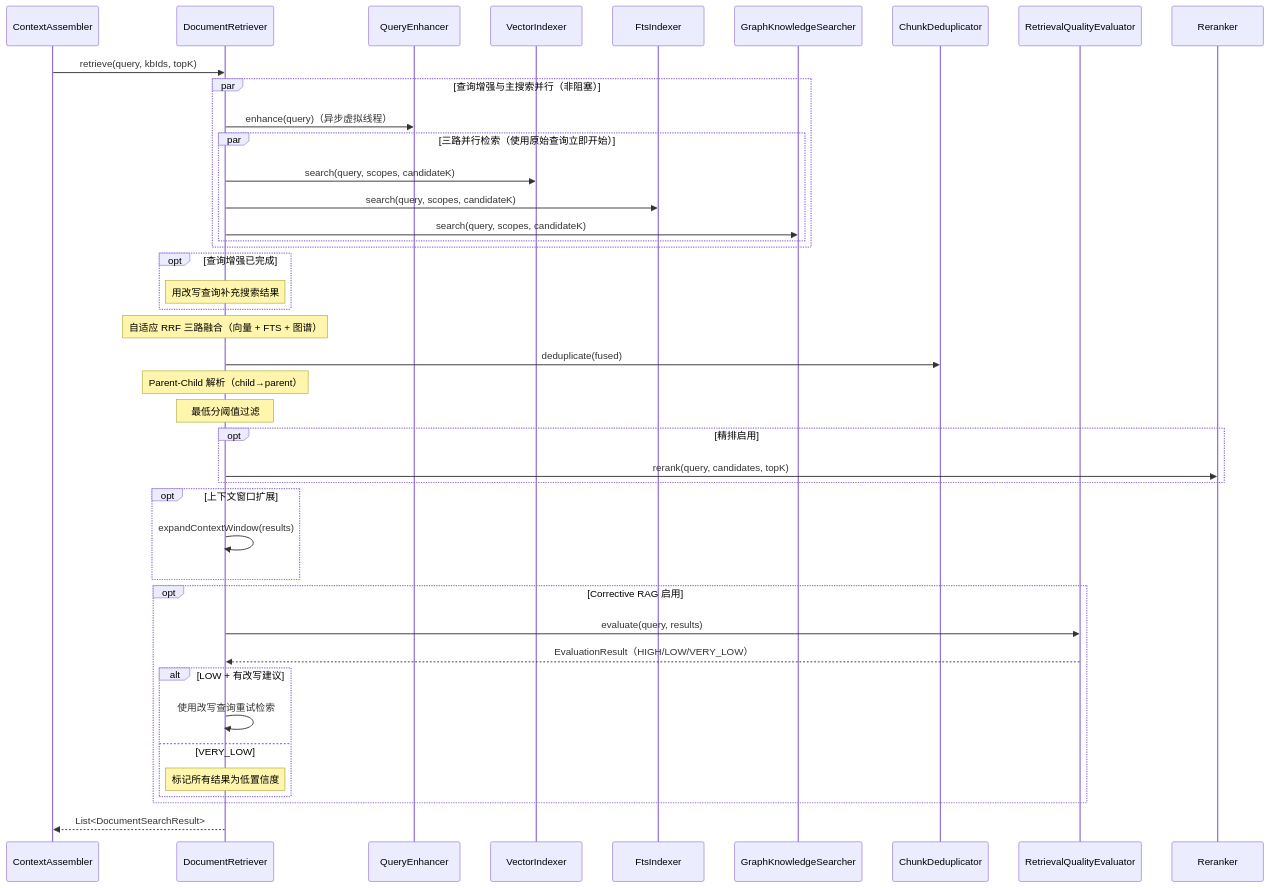
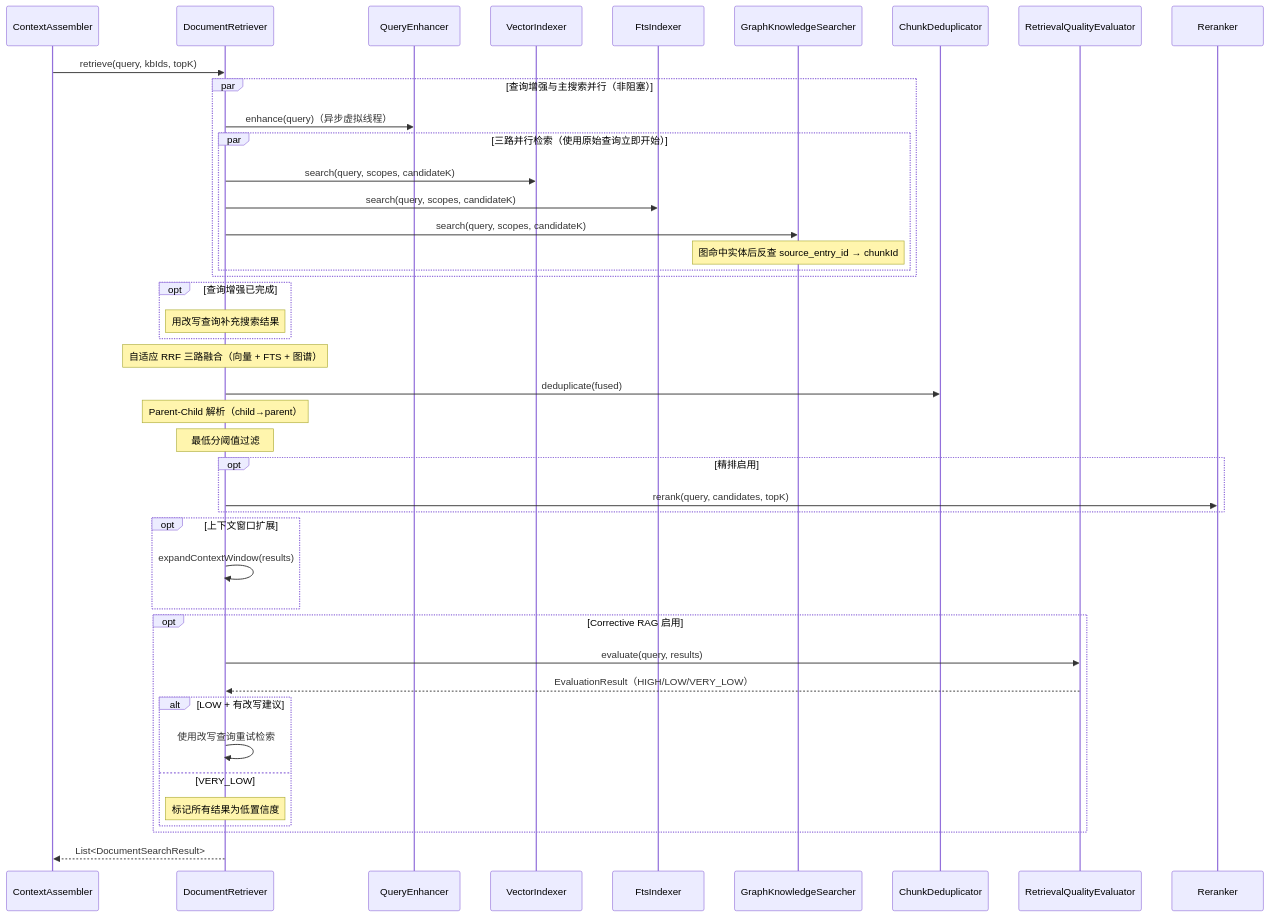
The third of 3 diagrams in docs/architecture/knowledge-base.md (ntygod/LifePilot), drawn with Mermaid before and after one commit. The commit also changed other lines of this file and 385 other files, not shown here.

````diff
--- a/docs/architecture/knowledge-base.md
+++ b/docs/architecture/knowledge-base.md
@@ -319,53 +317,54 @@
 ```mermaid
 sequenceDiagram
     participant CA as ContextAssembler
     participant DR as DocumentRetriever
     participant QE as QueryEnhancer
     participant VI as VectorIndexer
     participant FI as FtsIndexer
     participant GS as GraphKnowledgeSearcher
     participant CD as ChunkDeduplicator
     participant RQE as RetrievalQualityEvaluator
     participant RR as Reranker
 
     CA->>DR: retrieve(query, kbIds, topK)
 
     par 查询增强与主搜索并行（非阻塞）
         DR->>QE: enhance(query)（异步虚拟线程）
         par 三路并行检索（使用原始查询立即开始）
             DR->>VI: search(query, scopes, candidateK)
             DR->>FI: search(query, scopes, candidateK)
             DR->>GS: search(query, scopes, candidateK)
+            Note over GS: 图命中实体后反查 source_entry_id → chunkId
         end
     end
 
     opt 查询增强已完成
         Note over DR: 用改写查询补充搜索结果
     end
 
     Note over DR: 自适应 RRF 三路融合（向量 + FTS + 图谱）
 
     DR->>CD: deduplicate(fused)
     Note over DR: Parent-Child 解析（child→parent）
     Note over DR: 最低分阈值过滤
 
     opt 精排启用
         DR->>RR: rerank(query, candidates, topK)
     end
 
     opt 上下文窗口扩展
         DR->>DR: expandContextWindow(results)
     end
 
     opt Corrective RAG 启用
         DR->>RQE: evaluate(query, results)
         RQE-->>DR: EvaluationResult（HIGH/LOW/VERY_LOW）
         alt LOW + 有改写建议
             DR->>DR: 使用改写查询重试检索
         else VERY_LOW
             Note over DR: 标记所有结果为低置信度
         end
     end
 
     DR-->>CA: List<DocumentSearchResult>
 ```
````
